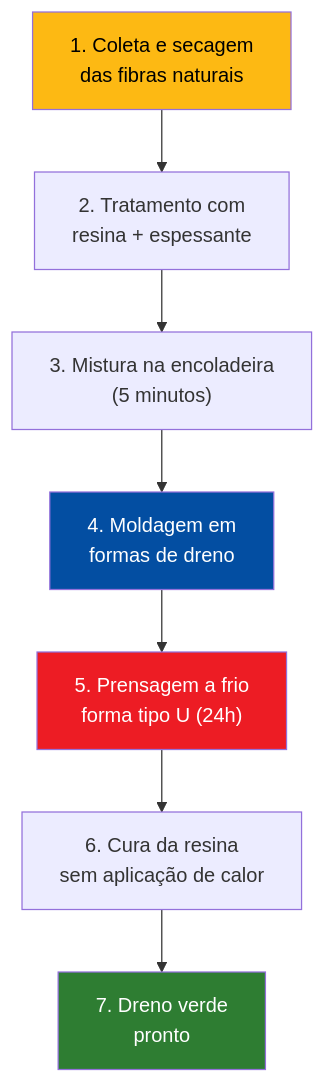
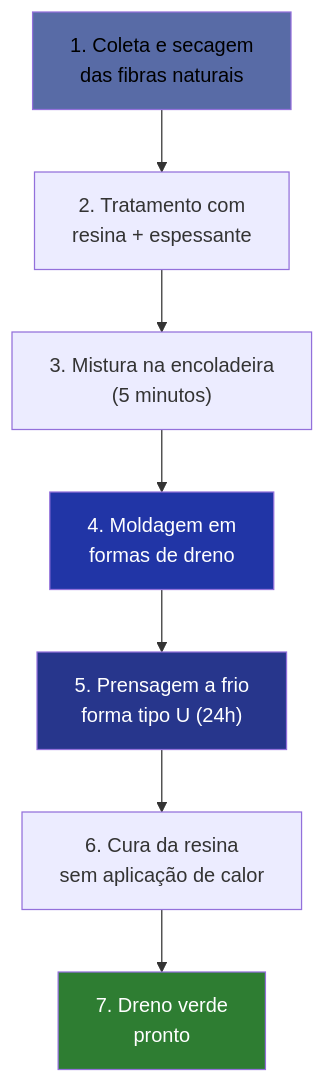
Before and after one commit to ldvsantos/cv: the third of 10 diagrams in aulas/bioengenharia_de_solos/aulas/feixes_vivos/feixes_vivos.qmd, drawn with Mermaid. The commit also changed other lines of this file and 466 other files, not shown here.

````diff
--- a/aulas/bioengenharia_de_solos/aulas/feixes_vivos/feixes_vivos.qmd
+++ b/aulas/bioengenharia_de_solos/aulas/feixes_vivos/feixes_vivos.qmd
@@ -472,14 +470,14 @@
 ```{mermaid}
 %%| fig-width: 5
 graph TD
     A["1. Coleta e secagem<br>das fibras naturais"] --> B["2. Tratamento com<br>resina + espessante"]
     B --> C["3. Mistura na encoladeira<br>(5 minutos)"]
     C --> D["4. Moldagem em<br>formas de dreno"]
     D --> E["5. Prensagem a frio<br>forma tipo U (24h)"]
     E --> F["6. Cura da resina<br>sem aplicação de calor"]
     F --> G["7. Dreno verde<br>pronto"]
-    style A fill:#FDB913,color:#000
-    style D fill:#034EA2,color:#fff
-    style E fill:#ED1C24,color:#fff
+    style A fill:#586BA6,color:#000
+    style D fill:#2135A6,color:#fff
+    style E fill:#27368C,color:#fff
     style G fill:#2E7D32,color:#fff
 ```
````
